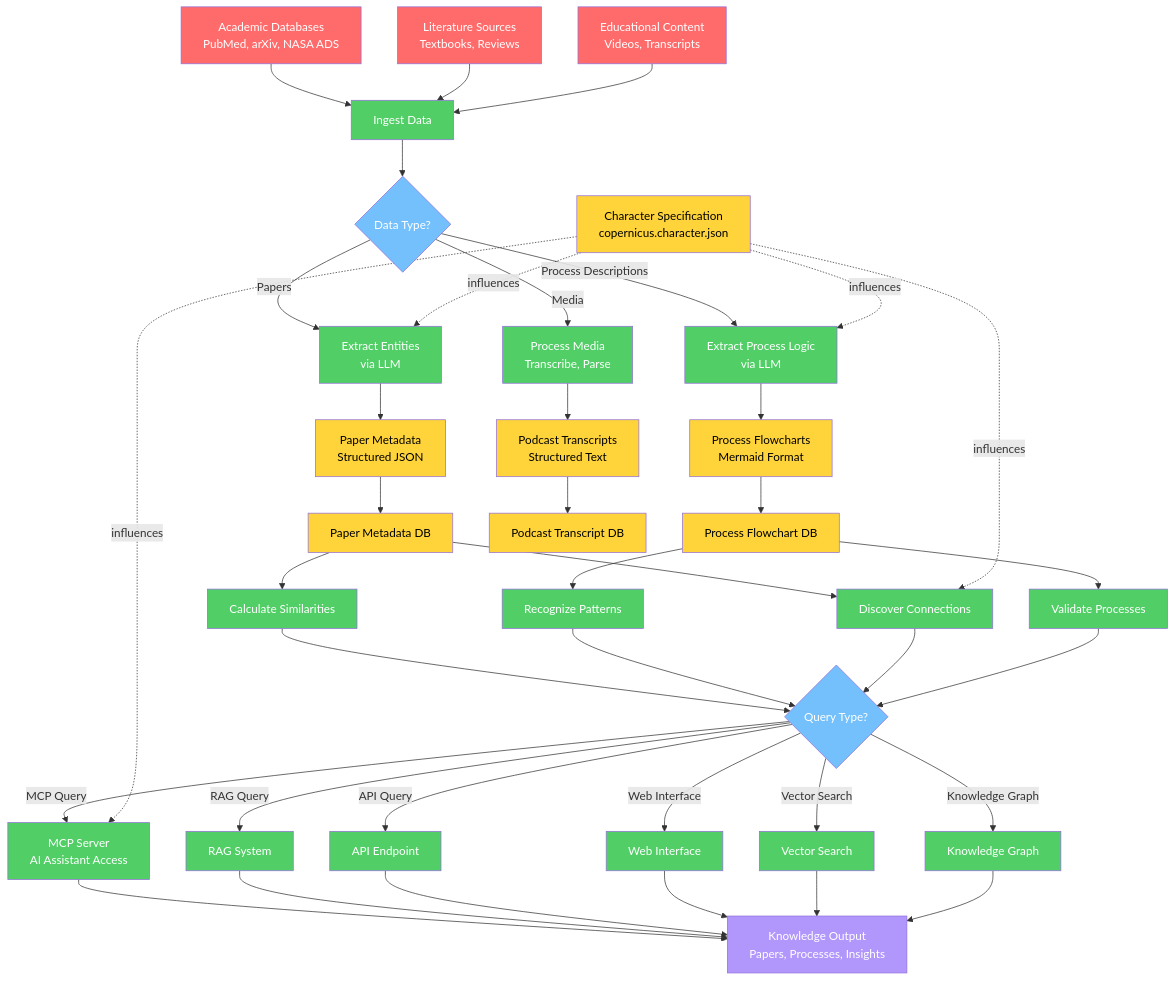
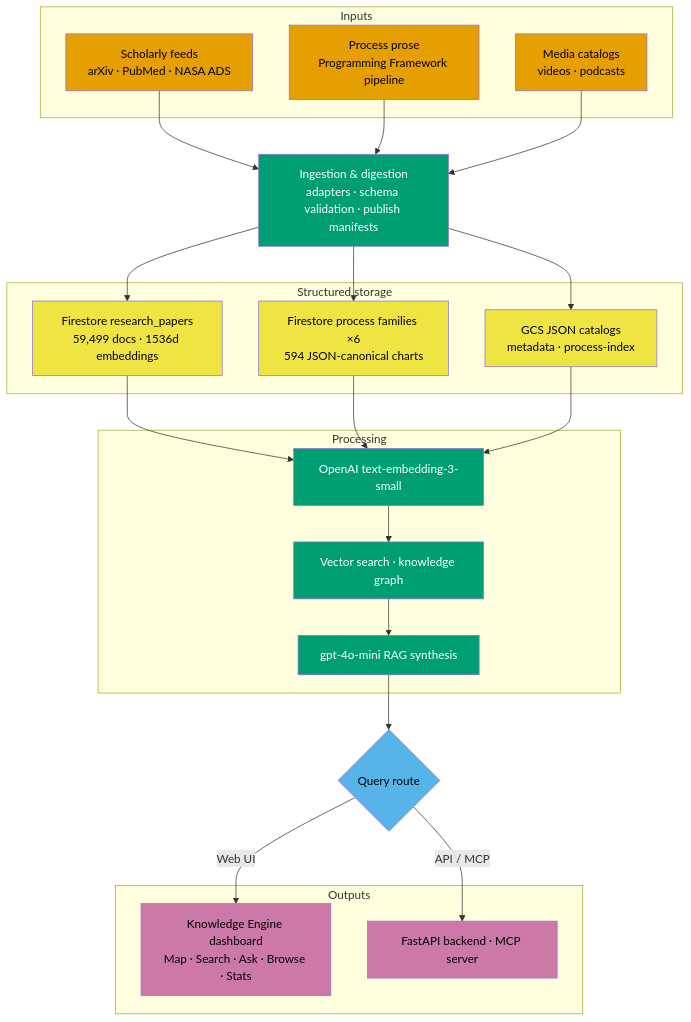
Before and after one commit to garywelz/copernicus-web: the diagram in papers/copernicusai_architecture.mmd, drawn with Mermaid. The commit also changed 29 other files, not shown here.

First line of the commit message:
Add dense retrieval evaluation and update Knowledge Engine paper.

```diff
--- a/papers/copernicusai_architecture.mmd
+++ b/papers/copernicusai_architecture.mmd
@@ -1,74 +1,54 @@
 flowchart TD
-    A[Academic Databases<br/>PubMed, arXiv, NASA ADS] --> B[Ingest Data]
-    C[Literature Sources<br/>Textbooks, Reviews] --> B
-    D[Educational Content<br/>Videos, Transcripts] --> B
-    
-    B --> E{Data Type?}
-    E -->|Papers| F[Extract Entities<br/>via LLM]
-    E -->|Process Descriptions| G[Extract Process Logic<br/>via LLM]
-    E -->|Media| H[Process Media<br/>Transcribe, Parse]
-    
-    F --> I[Paper Metadata<br/>Structured JSON]
-    G --> J[Process Flowcharts<br/>Mermaid Format]
-    H --> K[Podcast Transcripts<br/>Structured Text]
-    
-    I --> L[Paper Metadata DB]
-    J --> M[Process Flowchart DB]
-    K --> N[Podcast Transcript DB]
-    
-    L --> O[Calculate Similarities]
-    M --> P[Recognize Patterns]
-    L --> Q[Discover Connections]
-    M --> R[Validate Processes]
-    
-    O --> S{Query Type?}
-    P --> S
-    Q --> S
-    R --> S
-    
-    S -->|MCP Query| U[MCP Server<br/>AI Assistant Access]
-    S -->|RAG Query| V[RAG System]
-    S -->|API Query| W[API Endpoint]
-    S -->|Vector Search| AA[Vector Search]
-    S -->|Knowledge Graph| BB[Knowledge Graph]
-    S -->|Web Interface| T[Web Interface]
-    
-    U --> X[Knowledge Output<br/>Papers, Processes, Insights]
-    V --> X
-    W --> X
-    T --> X
-    AA --> X
-    BB --> X
-    
-    Y[Character Specification<br/>copernicus.character.json] -.influences.-> F
-    Y -.influences.-> G
-    Y -.influences.-> Q
-    Y -.influences.-> U
-    
-    style A fill:#ff6b6b,color:#fff
-    style C fill:#ff6b6b,color:#fff
-    style D fill:#ff6b6b,color:#fff
-    style B fill:#51cf66,color:#fff
-    style E fill:#74c0fc,color:#fff
-    style F fill:#51cf66,color:#fff
-    style G fill:#51cf66,color:#fff
-    style H fill:#51cf66,color:#fff
-    style I fill:#ffd43b,color:#000
-    style J fill:#ffd43b,color:#000
-    style K fill:#ffd43b,color:#000
-    style L fill:#ffd43b,color:#000
-    style M fill:#ffd43b,color:#000
-    style N fill:#ffd43b,color:#000
-    style O fill:#51cf66,color:#fff
-    style P fill:#51cf66,color:#fff
-    style Q fill:#51cf66,color:#fff
-    style R fill:#51cf66,color:#fff
-    style S fill:#74c0fc,color:#fff
-    style T fill:#51cf66,color:#fff
-    style U fill:#51cf66,color:#fff
-    style V fill:#51cf66,color:#fff
-    style W fill:#51cf66,color:#fff
-    style AA fill:#51cf66,color:#fff
-    style BB fill:#51cf66,color:#fff
-    style X fill:#b197fc,color:#fff
-    style Y fill:#ffd43b,color:#000
+    subgraph IN["Inputs"]
+        A1["Scholarly feeds<br/>arXiv · PubMed · NASA ADS"]
+        A2["Process prose<br/>Programming Framework pipeline"]
+        A3["Media catalogs<br/>videos · podcasts"]
+    end
+
+    B["Ingestion & digestion<br/>adapters · schema validation · publish manifests"]
+
+    subgraph ST["Structured storage"]
+        F1["Firestore research_papers<br/>59,499 docs · 1536d embeddings"]
+        F2["Firestore process families ×6<br/>594 JSON-canonical charts"]
+        F3["GCS JSON catalogs<br/>metadata · process-index"]
+    end
+
+    subgraph PR["Processing"]
+        E1["OpenAI text-embedding-3-small"]
+        E2["Vector search · knowledge graph"]
+        E3["gpt-4o-mini RAG synthesis"]
+    end
+
+    Q{"Query route"}
+
+    subgraph OUT["Outputs"]
+        U1["Knowledge Engine dashboard<br/>Map · Search · Ask · Browse · Stats"]
+        U2["FastAPI backend · MCP server"]
+    end
+
+    A1 --> B
+    A2 --> B
+    A3 --> B
+    B --> F1
+    B --> F2
+    B --> F3
+    F1 --> E1
+    F2 --> E1
+    F3 --> E1
+    E1 --> E2 --> E3 --> Q
+    Q -->|Web UI| U1
+    Q -->|API / MCP| U2
+
+    style A1 fill:#E69F00,color:#000
+    style A2 fill:#E69F00,color:#000
+    style A3 fill:#E69F00,color:#000
+    style B fill:#009E73,color:#fff
+    style F1 fill:#F0E442,color:#000
+    style F2 fill:#F0E442,color:#000
+    style F3 fill:#F0E442,color:#000
+    style E1 fill:#009E73,color:#fff
+    style E2 fill:#009E73,color:#fff
+    style E3 fill:#009E73,color:#fff
+    style Q fill:#56B4E9,color:#000
+    style U1 fill:#CC79A7,color:#000
+    style U2 fill:#CC79A7,color:#000
```
